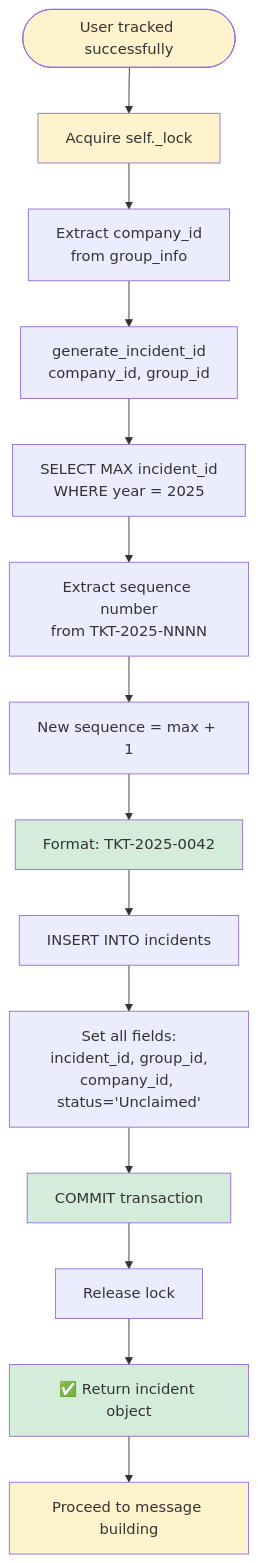
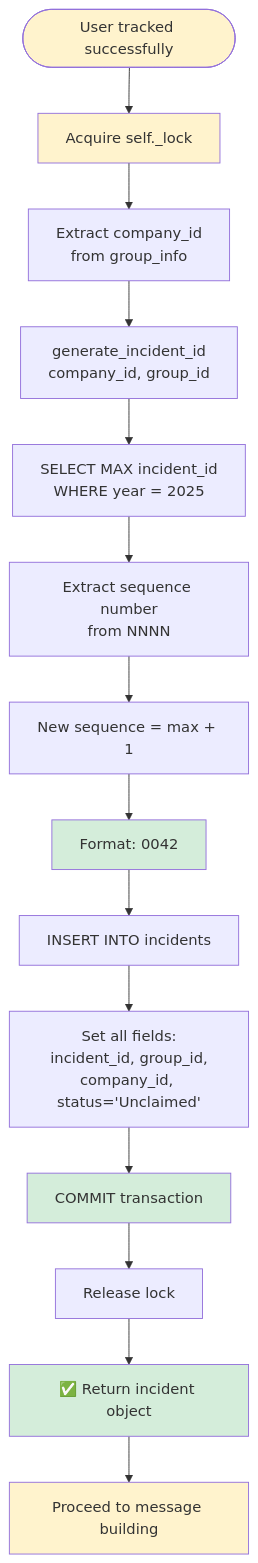
Before and after one commit to ShJavokhir/raisedash-kpi-bot: diagram 21 of 50 in docs/new_issue_use_cases.md, drawn with Mermaid. The commit also changed other lines of this file, not shown here.

First line of the commit message:
docs: Update incident ID format in use cases

````diff
--- a/docs/new_issue_use_cases.md
+++ b/docs/new_issue_use_cases.md
@@ -613,23 +613,23 @@
 ```mermaid
 flowchart TD
     Start([User tracked successfully]) --> AcquireLock[Acquire self._lock]
     AcquireLock --> GetCompany[Extract company_id<br/>from group_info]
     GetCompany --> GenID[generate_incident_id<br/>company_id, group_id]
     GenID --> QueryLatest[SELECT MAX incident_id<br/>WHERE year = 2025]
-    QueryLatest --> ParseSeq[Extract sequence number<br/>from TKT-2025-NNNN]
+    QueryLatest --> ParseSeq[Extract sequence number<br/>from NNNN]
     ParseSeq --> Increment[New sequence = max + 1]
-    Increment --> FormatID[Format: TKT-2025-0042]
+    Increment --> FormatID[Format: 0042]
     FormatID --> InsertIncident[INSERT INTO incidents]
     InsertIncident --> SetFields[Set all fields:<br/>incident_id, group_id,<br/>company_id, status='Unclaimed']
     SetFields --> Commit[COMMIT transaction]
     Commit --> ReleaseLock[Release lock]
     ReleaseLock --> ReturnIncident[✅ Return incident object]
     ReturnIncident --> ProceedMessage[Proceed to message building]
 
     style Start fill:#fff3cd
     style AcquireLock fill:#fff3cd
     style FormatID fill:#d4edda
     style Commit fill:#d4edda
     style ReturnIncident fill:#d4edda
     style ProceedMessage fill:#fff3cd
 ```
````
